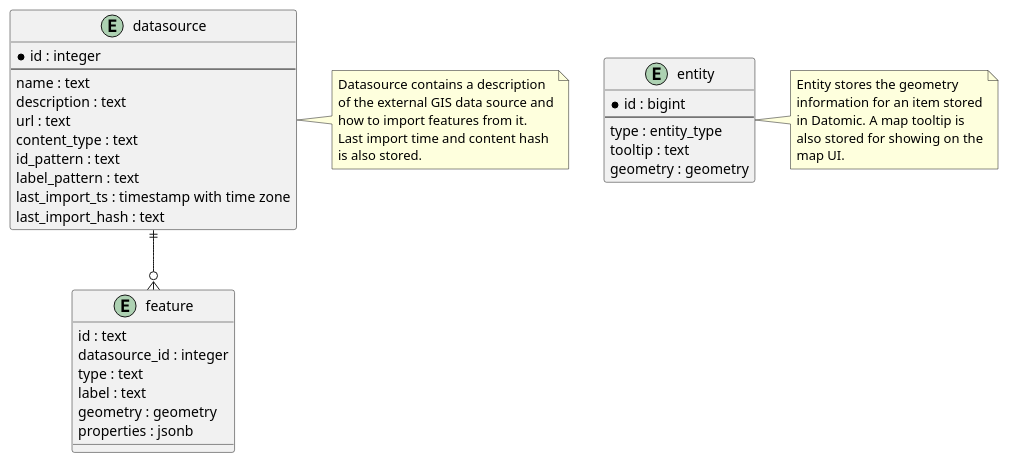
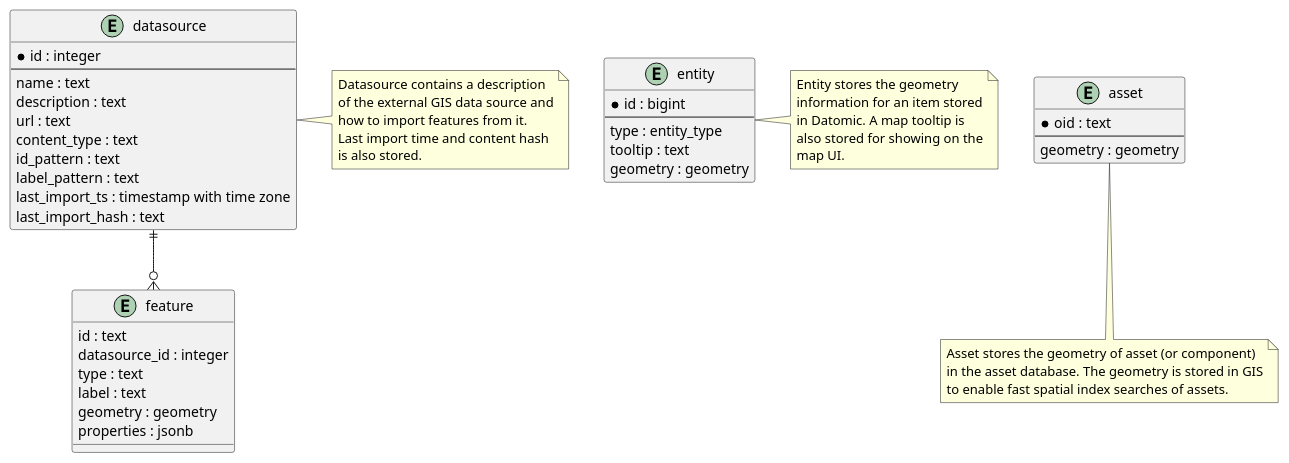
One commit to solita/mnt-teet changed the diagram in docs/datamodel/gis-data.puml. Above: the diagram before and after it, drawn with PlantUML.

Commit message:
Update GIS datamodel diagram

```diff
--- a/docs/datamodel/gis-data.puml
+++ b/docs/datamodel/gis-data.puml
@@ -1,50 +1,62 @@
 @startuml
 entity datasource {
  * id : integer
  --
  name : text
  description : text
  url : text
  content_type : text
  id_pattern : text
  label_pattern : text
  last_import_ts : timestamp with time zone
  last_import_hash : text
 }
 
 note right of datasource
         Datasource contains a description
         of the external GIS data source and
         how to import features from it.
         Last import time and content hash
         is also stored.
 end note
 
 entity feature {
     id : text
     datasource_id : integer
     type : text
     label : text
     geometry : geometry
     properties : jsonb
 }
 
 datasource ||--o{ feature
 
 entity entity {
         * id : bigint
         --
         type : entity_type
         tooltip : text
         geometry : geometry
 }
 
 note right of entity
         Entity stores the geometry
         information for an item stored
         in Datomic. A map tooltip is
         also stored for showing on the
         map UI.
 end note
 
+entity asset {
+  * oid : text
+  --
+  geometry : geometry
+}
+
+note bottom of asset
+        Asset stores the geometry of asset (or component)
+        in the asset database. The geometry is stored in GIS
+        to enable fast spatial index searches of assets.
+end note
+
 @enduml
```
